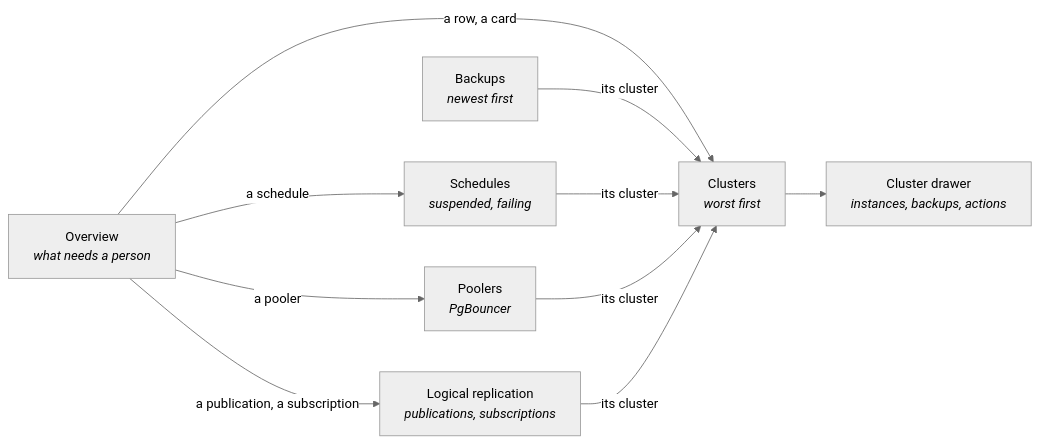
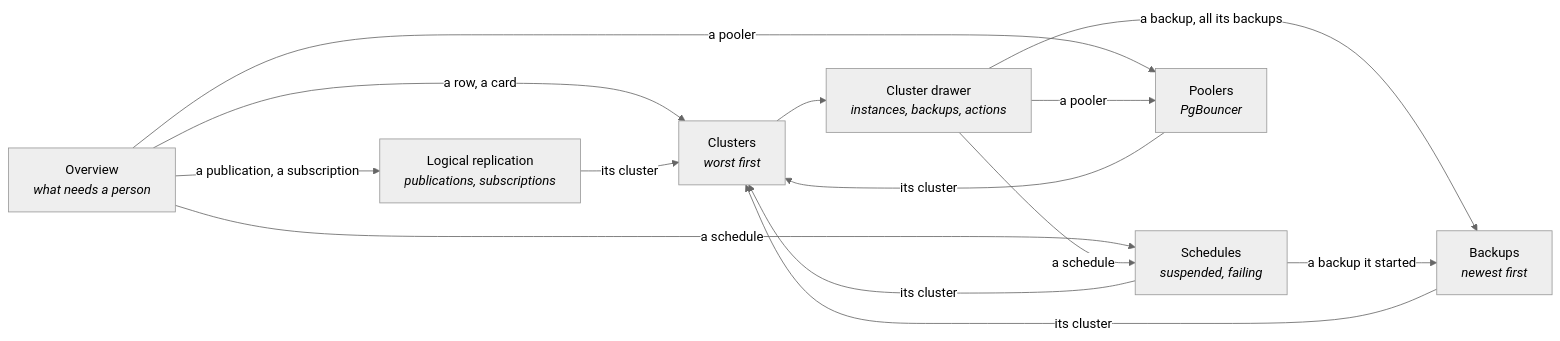
One commit to DiegoBulhoes/freelens-addons changed the first of 2 diagrams in docs/cnpg.md. Above: the diagram before and after it, drawn with Mermaid (neutral theme). The commit also changed other lines of this file and 185 other files, not shown here.

````diff
--- a/docs/cnpg.md
+++ b/docs/cnpg.md
@@ -22,20 +22,24 @@
 ```mermaid
 flowchart LR
   O["Overview<br/><i>what needs a person</i>"]
   C["Clusters<br/><i>worst first</i>"]
   D["Cluster drawer<br/><i>instances, backups, actions</i>"]
   B["Backups<br/><i>newest first</i>"]
   S["Schedules<br/><i>suspended, failing</i>"]
   P["Poolers<br/><i>PgBouncer</i>"]
   R["Logical replication<br/><i>publications, subscriptions</i>"]
 
   O -->|a row, a card| C
   O -->|a pooler| P
   O -->|a schedule| S
+  O -->|a publication, a subscription| R
   C --> D
+  D -->|a backup, all its backups| B
+  D -->|a schedule| S
+  D -->|a pooler| P
+  S -->|a backup it started| B
   B -->|its cluster| C
   S -->|its cluster| C
   P -->|its cluster| C
   R -->|its cluster| C
-  O -->|a publication, a subscription| R
 ```
````
